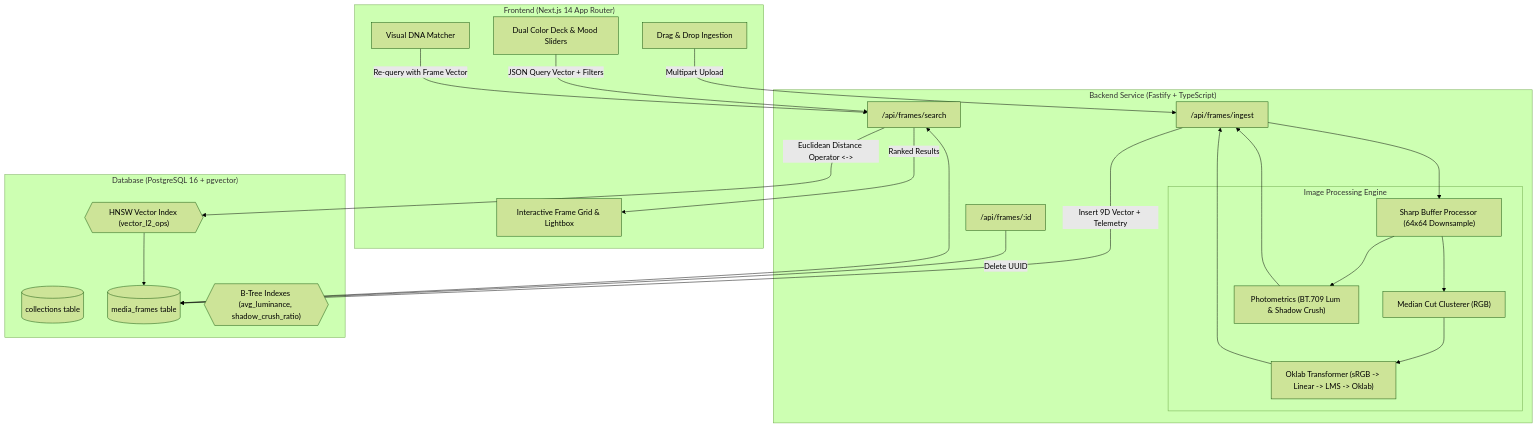
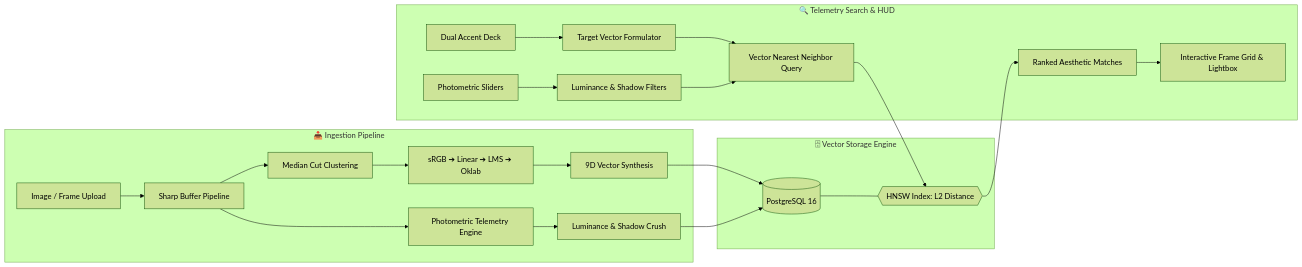
Before and after one commit to sayakbhattasali/frame-hunter: the diagram in README.md, drawn with Mermaid (forest theme). The commit also changed other lines of this file, not shown here.

Commit message:
docs: streamline README into a visual showcase without raw code blocks

````diff
--- a/README.md
+++ b/README.md
@@ -56,45 +39,26 @@
 ```mermaid
-flowchart TB
-    subgraph Client["Frontend (Next.js 14 App Router)"]
-        UI[Dual Color Deck & Mood Sliders]
-        Dropzone[Drag & Drop Ingestion]
-        Results[Interactive Frame Grid & Lightbox]
-        MatchShot[Visual DNA Matcher]
+flowchart LR
+    subgraph INGESTION ["📥 Ingestion Pipeline"]
+        A[Image / Frame Upload] --> B[Sharp Buffer Pipeline]
+        B --> C[Median Cut Clustering]
+        B --> D[Photometric Telemetry Engine]
+        C --> E[sRGB ➔ Linear ➔ LMS ➔ Oklab]
+        E --> F[9D Vector Synthesis]
+        D --> G[Luminance & Shadow Crush]
     end
 
-    subgraph API["Backend Service (Fastify + TypeScript)"]
-        IngestRoute["/api/frames/ingest"]
-        SearchRoute["/api/frames/search"]
-        DeleteRoute["/api/frames/:id"]
-
-        subgraph Core["Image Processing Engine"]
-            SharpEngine["Sharp Buffer Processor (64x64 Downsample)"]
-            Quantizer["Median Cut Clusterer (RGB)"]
-            ColorSpace["Oklab Transformer (sRGB -> Linear -> LMS -> Oklab)"]
-            TelemetryEngine["Photometrics (BT.709 Lum & Shadow Crush)"]
-        end
+    subgraph STORAGE ["🗄 Vector Storage Engine"]
+        F --> H[(PostgreSQL 16)]
+        G --> H
+        H --- I{{HNSW Index: L2 Distance}}
     end
 
-    subgraph DB["Database (PostgreSQL 16 + pgvector)"]
-        CollectionsTable[("collections table")]
-        FramesTable[("media_frames table")]
-        HNSWIndex{{"HNSW Vector Index (vector_l2_ops)"}}
-        ScalarIndex{{"B-Tree Indexes (avg_luminance, shadow_crush_ratio)"}}
+    subgraph RETRIEVAL ["🔍 Telemetry Search & HUD"]
+        J[Dual Accent Deck] --> K[Target Vector Formulator]
+        L[Photometric Sliders] --> M[Luminance & Shadow Filters]
+        K & M --> N[Vector Nearest Neighbor Query]
+        N --> I
+        I --> O[Ranked Aesthetic Matches]
+        O --> P[Interactive Frame Grid & Lightbox]
     end
-
-    Dropzone -->|Multipart Upload| IngestRoute
-    IngestRoute --> SharpEngine
-    SharpEngine --> Quantizer & TelemetryEngine
-    Quantizer --> ColorSpace
-    ColorSpace --> IngestRoute
-    TelemetryEngine --> IngestRoute
-    IngestRoute -->|Insert 9D Vector + Telemetry| FramesTable
-
-    UI -->|JSON Query Vector + Filters| SearchRoute
-    SearchRoute -->|Euclidean Distance Operator <->| HNSWIndex
-    HNSWIndex --> FramesTable
-    FramesTable --> SearchRoute
-    SearchRoute -->|Ranked Results| Results
-    MatchShot -->|Re-query with Frame Vector| SearchRoute
-    DeleteRoute -->|Delete UUID| FramesTable
 ```
````
